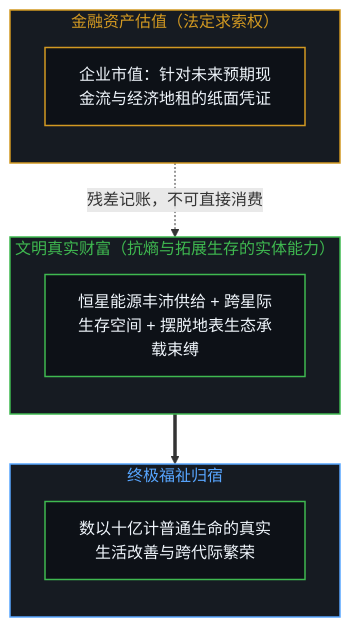
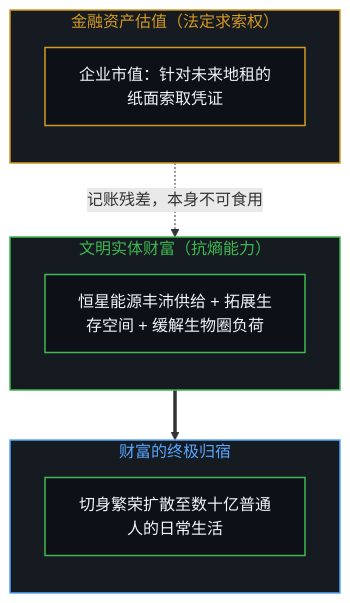
Diagram 13 of 14 in content/posts/beyond-the-hundred-trillion-horizon.md (powerpig99/not-a-toe), drawn with Mermaid before and after one commit. The commit also changed other lines of this file and 6 other files, not shown here.

````diff
--- a/content/posts/beyond-the-hundred-trillion-horizon.md
+++ b/content/posts/beyond-the-hundred-trillion-horizon.md
@@ -555,30 +495,25 @@
 ```mermaid
 flowchart TD
     classDef default fill:#0d1117,stroke:#30363d,stroke-width:1px,color:#f0f6fc;
     classDef mind fill:#0d1117,stroke:#3fb950,stroke-width:1.5px,color:#f0f6fc;
     classDef warn fill:#0d1117,stroke:#d29922,stroke-width:1.5px,color:#f0f6fc;
     classDef fail fill:#0d1117,stroke:#f85149,stroke-width:1.5px,color:#f0f6fc;
     classDef model fill:#0d1117,stroke:#58a6ff,stroke-width:1.5px,color:#f0f6fc;
-
     subgraph S_FINANCE_ZH ["金融资产估值（法定求索权）"]
         direction TB
-        EQUITY["企业市值：针对未来预期现金流与经济地租的纸面凭证"]:::warn
+        EQUITY["企业市值：针对未来地租的纸面索取凭证"]:::warn
     end
-
-    subgraph S_REAL_ZH ["文明真实财富（抗熵与拓展生存的实体能力）"]
+    subgraph S_REAL_ZH ["文明实体财富（抗熵能力）"]
         direction TB
-        WEALTH["恒星能源丰沛供给 + 跨星际生存空间 + 摆脱地表生态承载束缚"]:::mind
+        WEALTH["恒星能源丰沛供给 + 拓展生存空间 + 缓解生物圈负荷"]:::mind
     end
-
-    subgraph S_DESTINY_ZH ["终极福祉归宿"]
+    subgraph S_DESTINY_ZH ["财富的终极归宿"]
         direction TB
-        CIVILIZATION["数以十亿计普通生命的真实生活改善与跨代际繁荣"]:::mind
+        CIVILIZATION["切身繁荣扩散至数十亿普通人的日常生活"]:::mind
     end
-
-    S_FINANCE_ZH -.->|"残差记账，不可直接消费"| S_REAL_ZH
+    S_FINANCE_ZH -.->|"记账残差，本身不可食用"| S_REAL_ZH
     S_REAL_ZH ==> S_DESTINY_ZH
-
     style S_FINANCE_ZH fill:#161b22,stroke:#d29922,stroke-width:1.5px,color:#d29922
     style S_REAL_ZH fill:#161b22,stroke:#3fb950,stroke-width:1.5px,color:#3fb950
     style S_DESTINY_ZH fill:#161b22,stroke:#58a6ff,stroke-width:1.5px,color:#58a6ff
 ```
````
